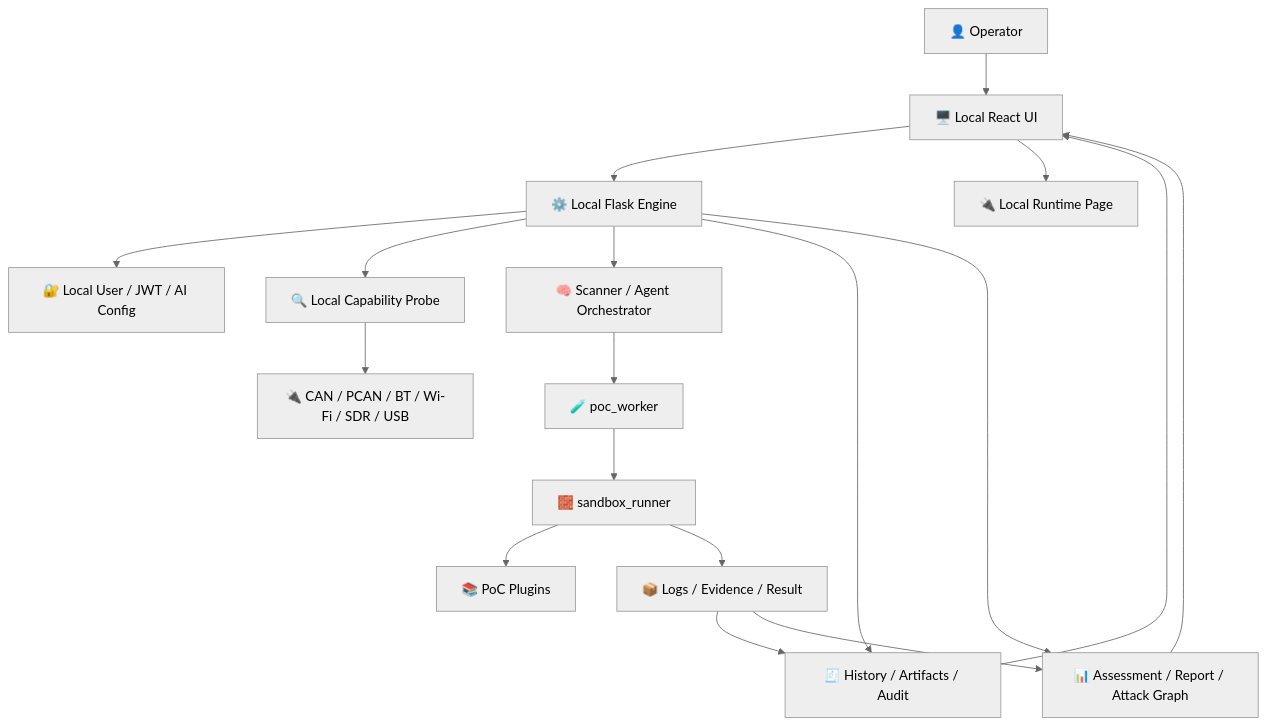
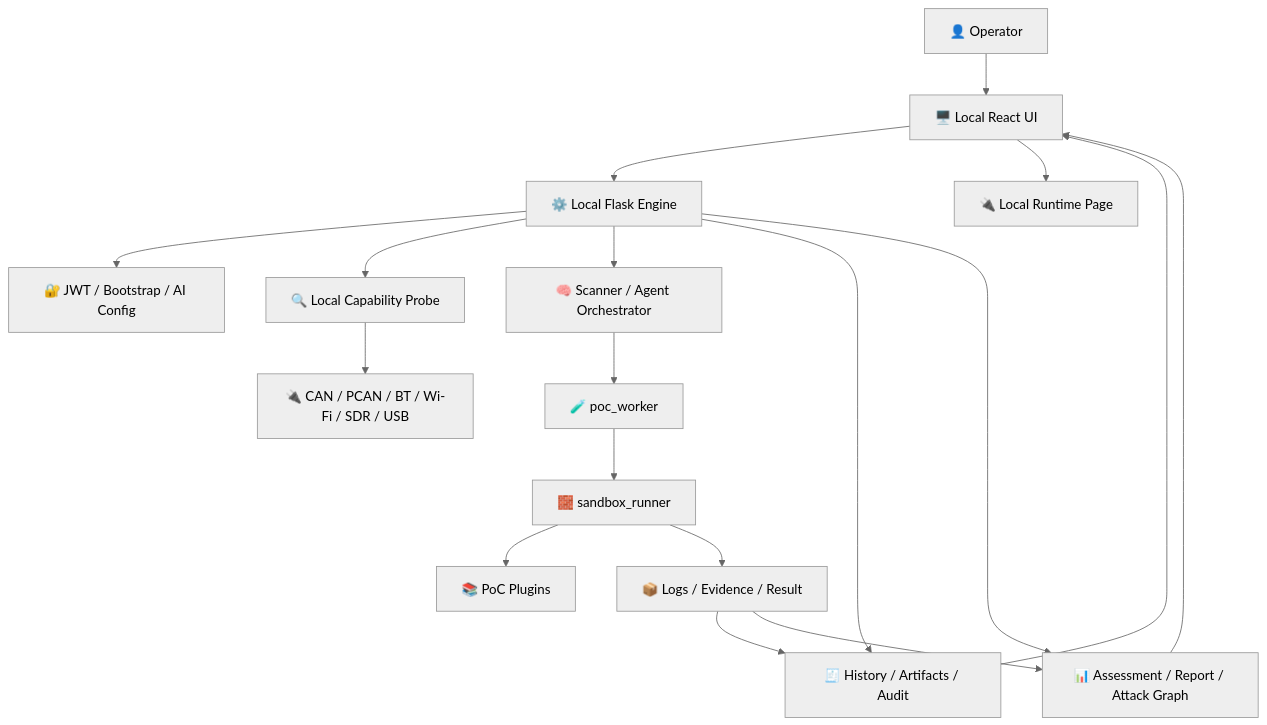
One commit to l977489615-spec/Autosec_guard changed the diagram in README.md. Above: the diagram before and after it, drawn with Mermaid (neutral theme). The commit also changed other lines of this file and 3 other files, not shown here.

````diff
--- a/README.md
+++ b/README.md
@@ -122,24 +128,24 @@
 ```mermaid
 flowchart TD
     U[👤 Operator] --> FE[🖥️ Local React UI]
     FE --> API[⚙️ Local Flask Engine]
     FE --> LR[🔌 Local Runtime Page]
 
-    API --> AUTH[🔐 Local User / JWT / AI Config]
+    API --> AUTH[🔐 JWT / Bootstrap / AI Config]
     API --> CAPP[🔍 Local Capability Probe]
     API --> ORCH[🧠 Scanner / Agent Orchestrator]
     API --> AUDIT[🧾 History / Artifacts / Audit]
     API --> REPORT[📊 Assessment / Report / Attack Graph]
 
     CAPP --> HW[🔌 CAN / PCAN / BT / Wi-Fi / SDR / USB]
 
     ORCH --> WORKER[🧪 poc_worker]
     WORKER --> SANDBOX[🧱 sandbox_runner]
     SANDBOX --> POCS[📚 PoC Plugins]
 
     SANDBOX --> RESULT[📦 Logs / Evidence / Result]
     RESULT --> AUDIT
     RESULT --> REPORT
     REPORT --> FE
     AUDIT --> FE
 ```
````
